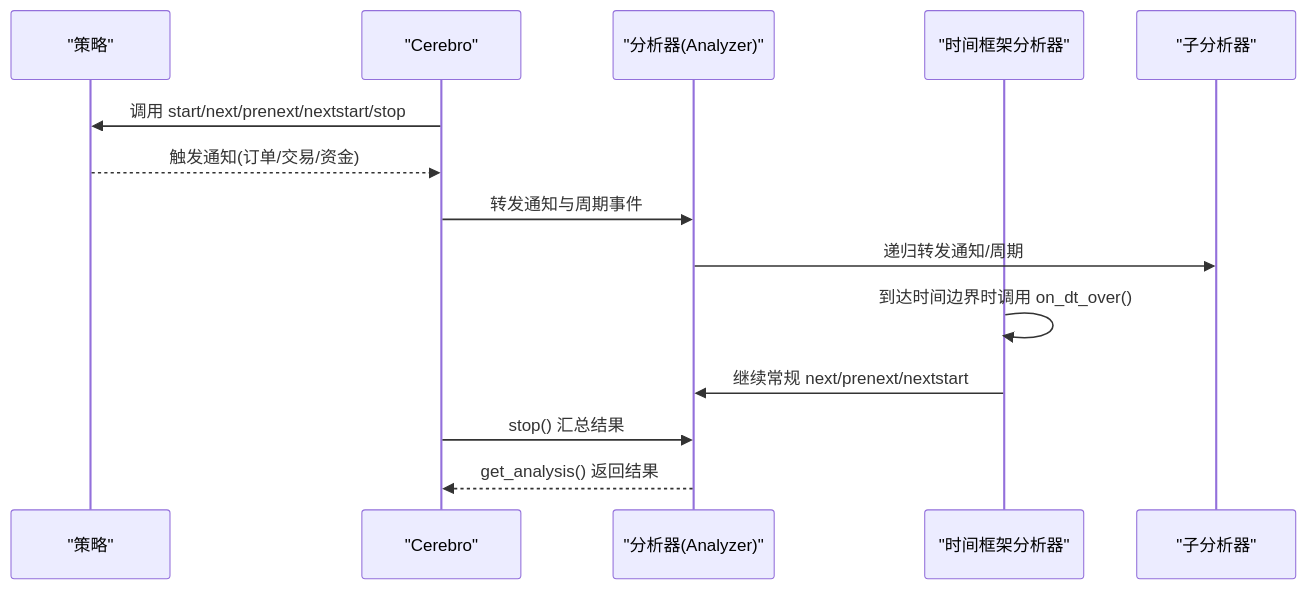
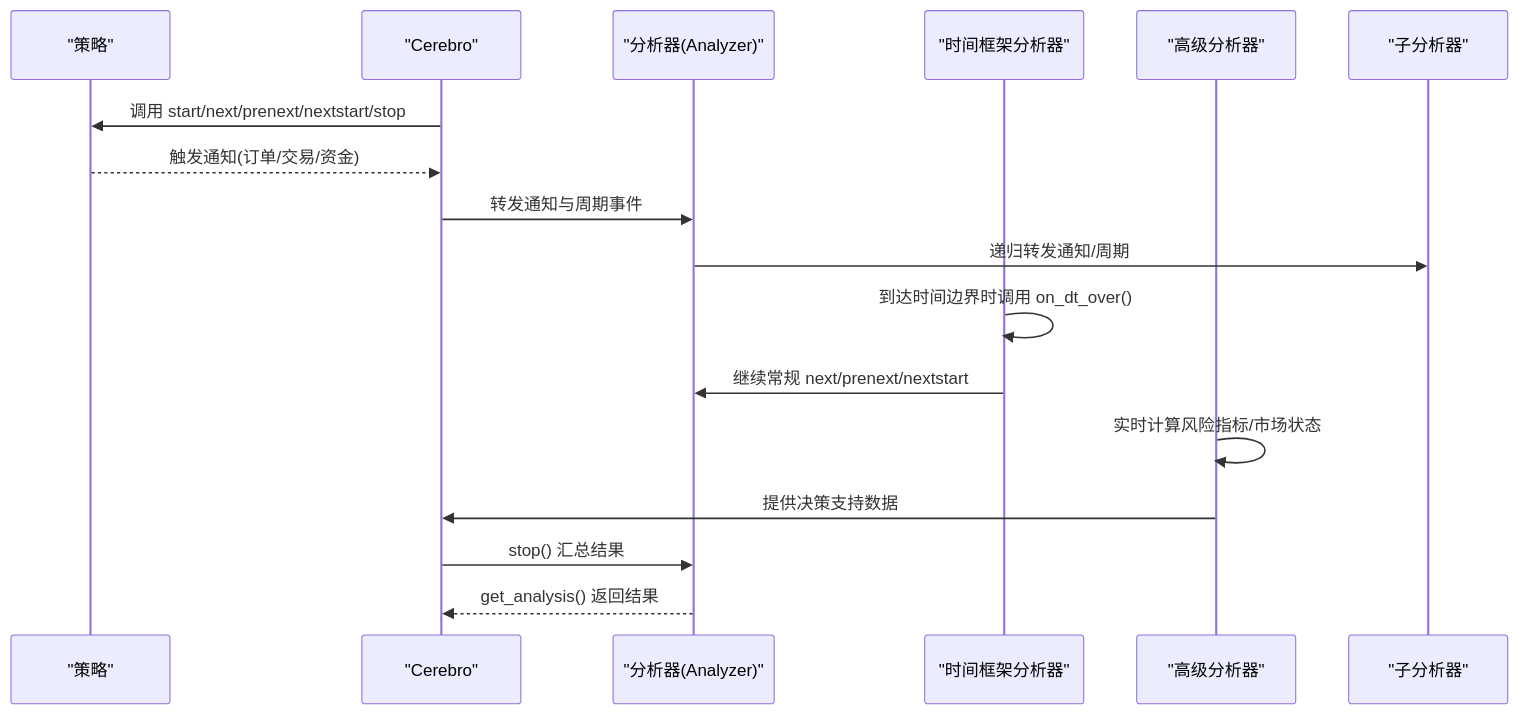
The second of 15 diagrams in .qoder/repowiki/zh/content/分析工具/分析工具.md (bench-prog/backtrader), drawn with Mermaid before and after one commit. The commit also changed other lines of this file and 23 other files, not shown here.

````diff
--- a/.qoder/repowiki/zh/content/分析工具/分析工具.md
+++ b/.qoder/repowiki/zh/content/分析工具/分析工具.md
@@ -76,16 +94,19 @@
 ```mermaid
 sequenceDiagram
 participant Strat as "策略"
 participant Cerebro as "Cerebro"
 participant Ana as "分析器(Analyzer)"
 participant TFAna as "时间框架分析器"
+participant AdvAna as "高级分析器"
 participant Child as "子分析器"
 Cerebro->>Strat : 调用 start/next/prenext/nextstart/stop
 Strat-->>Cerebro : 触发通知(订单/交易/资金)
 Cerebro->>Ana : 转发通知与周期事件
 Ana->>Child : 递归转发通知/周期
 TFAna->>TFAna : 到达时间边界时调用 on_dt_over()
 TFAna->>Ana : 继续常规 next/prenext/nextstart
+AdvAna->>AdvAna : 实时计算风险指标/市场状态
+AdvAna->>Cerebro : 提供决策支持数据
 Cerebro->>Ana : stop() 汇总结果
 Ana-->>Cerebro : get_analysis() 返回结果
 ```
````
